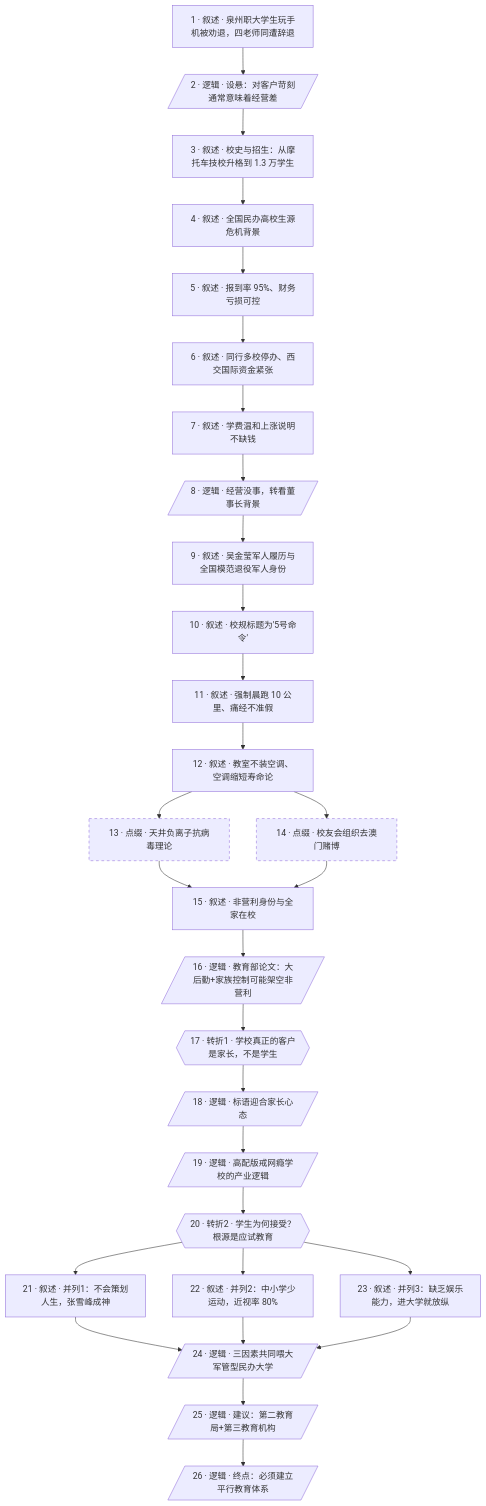
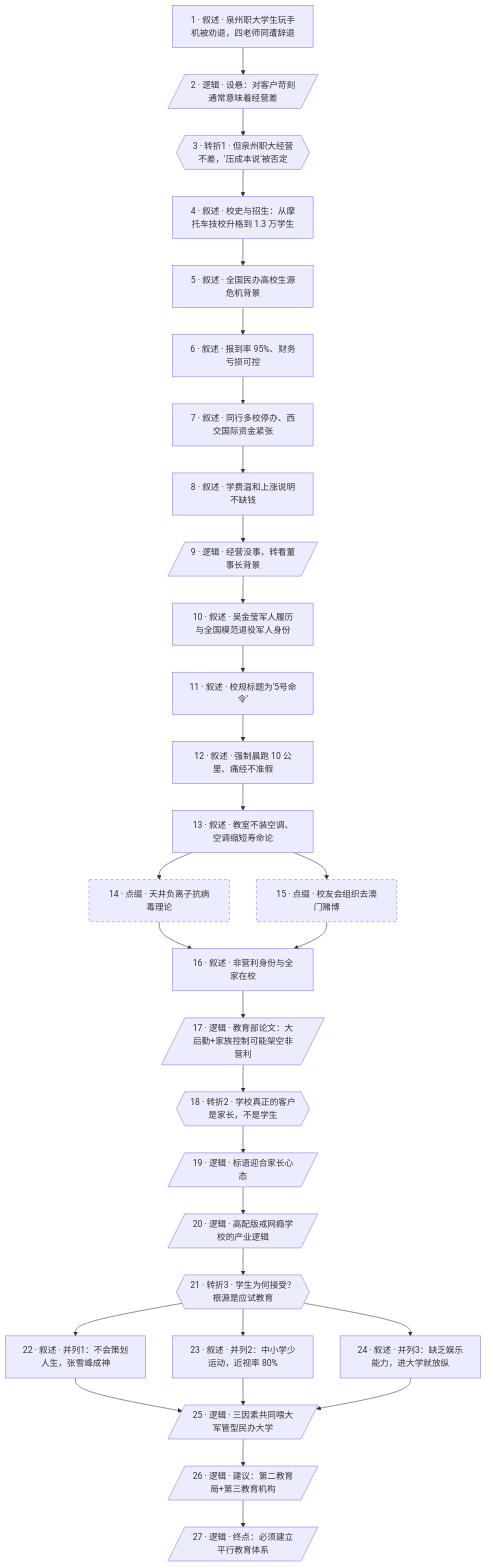
Before and after one commit to liusining/mdg-media-skills: the diagram in btnews/1001_1100/btnews_1053.madugong-analysis.md, drawn with Mermaid. The commit also changed other lines of this file, not shown here.

````diff
--- a/btnews/1001_1100/btnews_1053.madugong-analysis.md
+++ b/btnews/1001_1100/btnews_1053.madugong-analysis.md
@@ -82,45 +84,46 @@
 ```mermaid
 flowchart TD
     classDef typeC stroke-dasharray:5 5
 
     1["1 · 叙述 · 泉州职大学生玩手机被劝退，四老师同遭辞退"]
     2[/"2 · 逻辑 · 设悬：对客户苛刻通常意味着经营差"/]
-    3["3 · 叙述 · 校史与招生：从摩托车技校升格到 1.3 万学生"]
-    4["4 · 叙述 · 全国民办高校生源危机背景"]
-    5["5 · 叙述 · 报到率 95%、财务亏损可控"]
-    6["6 · 叙述 · 同行多校停办、西交国际资金紧张"]
-    7["7 · 叙述 · 学费温和上涨说明不缺钱"]
-    8[/"8 · 逻辑 · 经营没事，转看董事长背景"/]
-    9["9 · 叙述 · 吴金莹军人履历与全国模范退役军人身份"]
-    10["10 · 叙述 · 校规标题为'5号命令'"]
-    11["11 · 叙述 · 强制晨跑 10 公里、痛经不准假"]
-    12["12 · 叙述 · 教室不装空调、空调缩短寿命论"]
-    13["13 · 点缀 · 天井负离子抗病毒理论"]:::typeC
-    14["14 · 点缀 · 校友会组织去澳门赌博"]:::typeC
-    15["15 · 叙述 · 非营利身份与全家在校"]
-    16[/"16 · 逻辑 · 教育部论文：大后勤+家族控制可能架空非营利"/]
-    17{{"17 · 转折1 · 学校真正的客户是家长，不是学生"}}
-    18[/"18 · 逻辑 · 标语迎合家长心态"/]
-    19[/"19 · 逻辑 · 高配版戒网瘾学校的产业逻辑"/]
-    20{{"20 · 转折2 · 学生为何接受？根源是应试教育"}}
-    21["21 · 叙述 · 并列1：不会策划人生，张雪峰成神"]
-    22["22 · 叙述 · 并列2：中小学少运动，近视率 80%"]
-    23["23 · 叙述 · 并列3：缺乏娱乐能力，进大学就放纵"]
-    24[/"24 · 逻辑 · 三因素共同喂大军管型民办大学"/]
-    25[/"25 · 逻辑 · 建议：第二教育局+第三教育机构"/]
-    26[/"26 · 逻辑 · 终点：必须建立平行教育体系"/]
+    3{{"3 · 转折1 · 但泉州职大经营不差，'压成本说'被否定"}}
+    4["4 · 叙述 · 校史与招生：从摩托车技校升格到 1.3 万学生"]
+    5["5 · 叙述 · 全国民办高校生源危机背景"]
+    6["6 · 叙述 · 报到率 95%、财务亏损可控"]
+    7["7 · 叙述 · 同行多校停办、西交国际资金紧张"]
+    8["8 · 叙述 · 学费温和上涨说明不缺钱"]
+    9[/"9 · 逻辑 · 经营没事，转看董事长背景"/]
+    10["10 · 叙述 · 吴金莹军人履历与全国模范退役军人身份"]
+    11["11 · 叙述 · 校规标题为'5号命令'"]
+    12["12 · 叙述 · 强制晨跑 10 公里、痛经不准假"]
+    13["13 · 叙述 · 教室不装空调、空调缩短寿命论"]
+    14["14 · 点缀 · 天井负离子抗病毒理论"]:::typeC
+    15["15 · 点缀 · 校友会组织去澳门赌博"]:::typeC
+    16["16 · 叙述 · 非营利身份与全家在校"]
+    17[/"17 · 逻辑 · 教育部论文：大后勤+家族控制可能架空非营利"/]
+    18{{"18 · 转折2 · 学校真正的客户是家长，不是学生"}}
+    19[/"19 · 逻辑 · 标语迎合家长心态"/]
+    20[/"20 · 逻辑 · 高配版戒网瘾学校的产业逻辑"/]
+    21{{"21 · 转折3 · 学生为何接受？根源是应试教育"}}
+    22["22 · 叙述 · 并列1：不会策划人生，张雪峰成神"]
+    23["23 · 叙述 · 并列2：中小学少运动，近视率 80%"]
+    24["24 · 叙述 · 并列3：缺乏娱乐能力，进大学就放纵"]
+    25[/"25 · 逻辑 · 三因素共同喂大军管型民办大学"/]
+    26[/"26 · 逻辑 · 建议：第二教育局+第三教育机构"/]
+    27[/"27 · 逻辑 · 终点：必须建立平行教育体系"/]
 
-    1 --> 2 --> 3 --> 4 --> 5 --> 6 --> 7 --> 8 --> 9 --> 10 --> 11 --> 12
-    12 --> 13
-    12 --> 14
+    1 --> 2 --> 3 --> 4 --> 5 --> 6 --> 7 --> 8 --> 9 --> 10 --> 11 --> 12 --> 13
+    13 --> 14
     13 --> 15
-    14 --> 15
-    15 --> 16 --> 17 --> 18 --> 19 --> 20
-    20 --> 21
-    20 --> 22
-    20 --> 23
+    14 --> 16
+    15 --> 16
+    16 --> 17 --> 18 --> 19 --> 20 --> 21
+    21 --> 22
+    21 --> 23
     21 --> 24
-    22 --> 24
-    23 --> 24
-    24 --> 25 --> 26
+    22 --> 25
+    23 --> 25
+    24 --> 25
+    25 --> 26 --> 27
 ```
````
